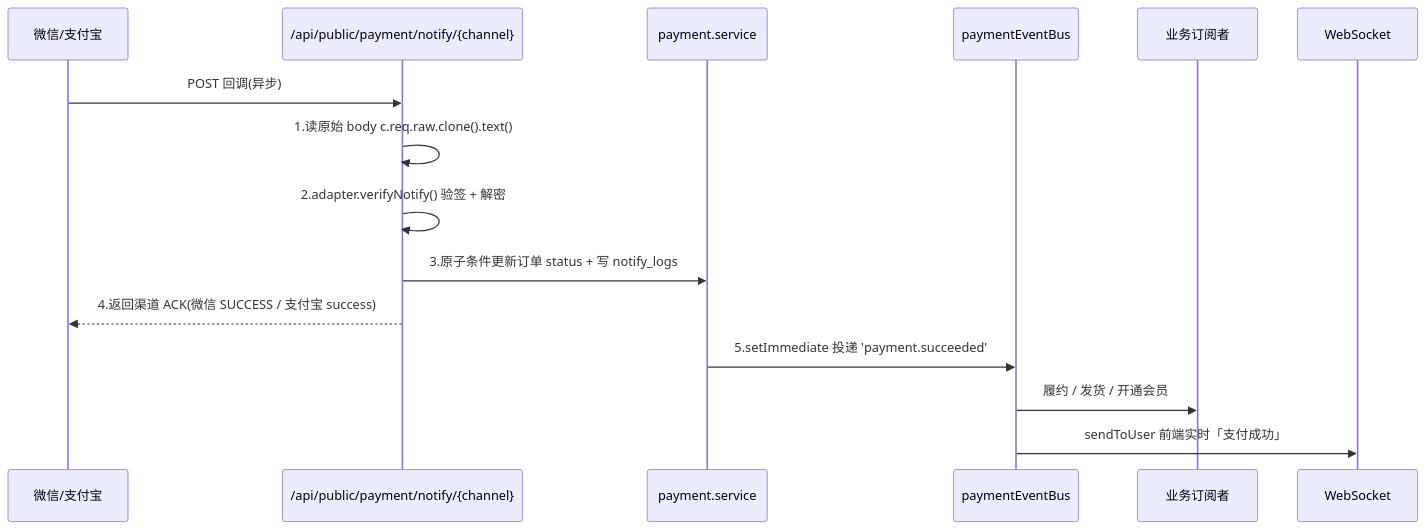
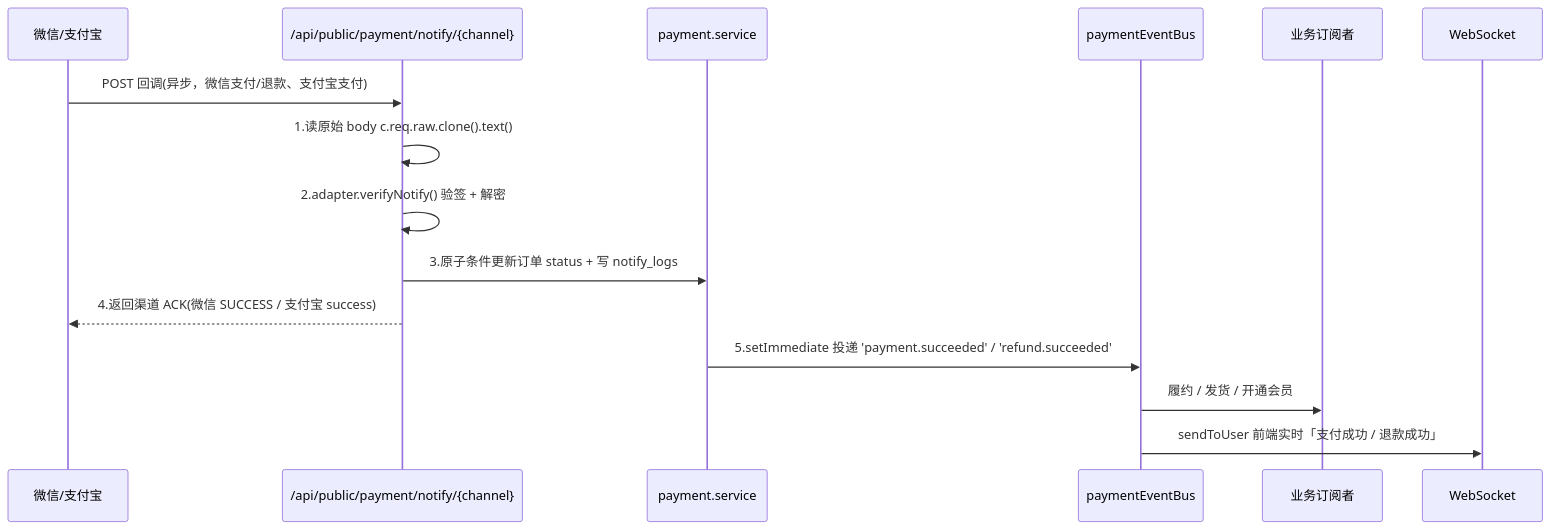
One commit to AI2Hub/zenith-admin changed the first of 2 diagrams in docs/backend/payment/callback.md. Above: the diagram before and after it, drawn with Mermaid. The commit also changed other lines of this file and 42 other files, not shown here.

````diff
--- a/docs/backend/payment/callback.md
+++ b/docs/backend/payment/callback.md
@@ -7,18 +7,18 @@
 ```mermaid
 sequenceDiagram
     participant CH as 微信/支付宝
     participant EP as /api/public/payment/notify/{channel}
     participant SVC as payment.service
     participant BUS as paymentEventBus
     participant BIZ as 业务订阅者
     participant WS as WebSocket
 
-    CH->>EP: POST 回调(异步)
+    CH->>EP: POST 回调(异步，微信支付/退款、支付宝支付)
     EP->>EP: 1.读原始 body  c.req.raw.clone().text()
     EP->>EP: 2.adapter.verifyNotify() 验签 + 解密
     EP->>SVC: 3.原子条件更新订单 status + 写 notify_logs
     EP-->>CH: 4.返回渠道 ACK(微信 SUCCESS / 支付宝 success)
-    SVC->>BUS: 5.setImmediate 投递 'payment.succeeded'
+    SVC->>BUS: 5.setImmediate 投递 'payment.succeeded' / 'refund.succeeded'
     BUS->>BIZ: 履约 / 发货 / 开通会员
-    BUS->>WS: sendToUser 前端实时「支付成功」
+    BUS->>WS: sendToUser 前端实时「支付成功 / 退款成功」
 ```
````
